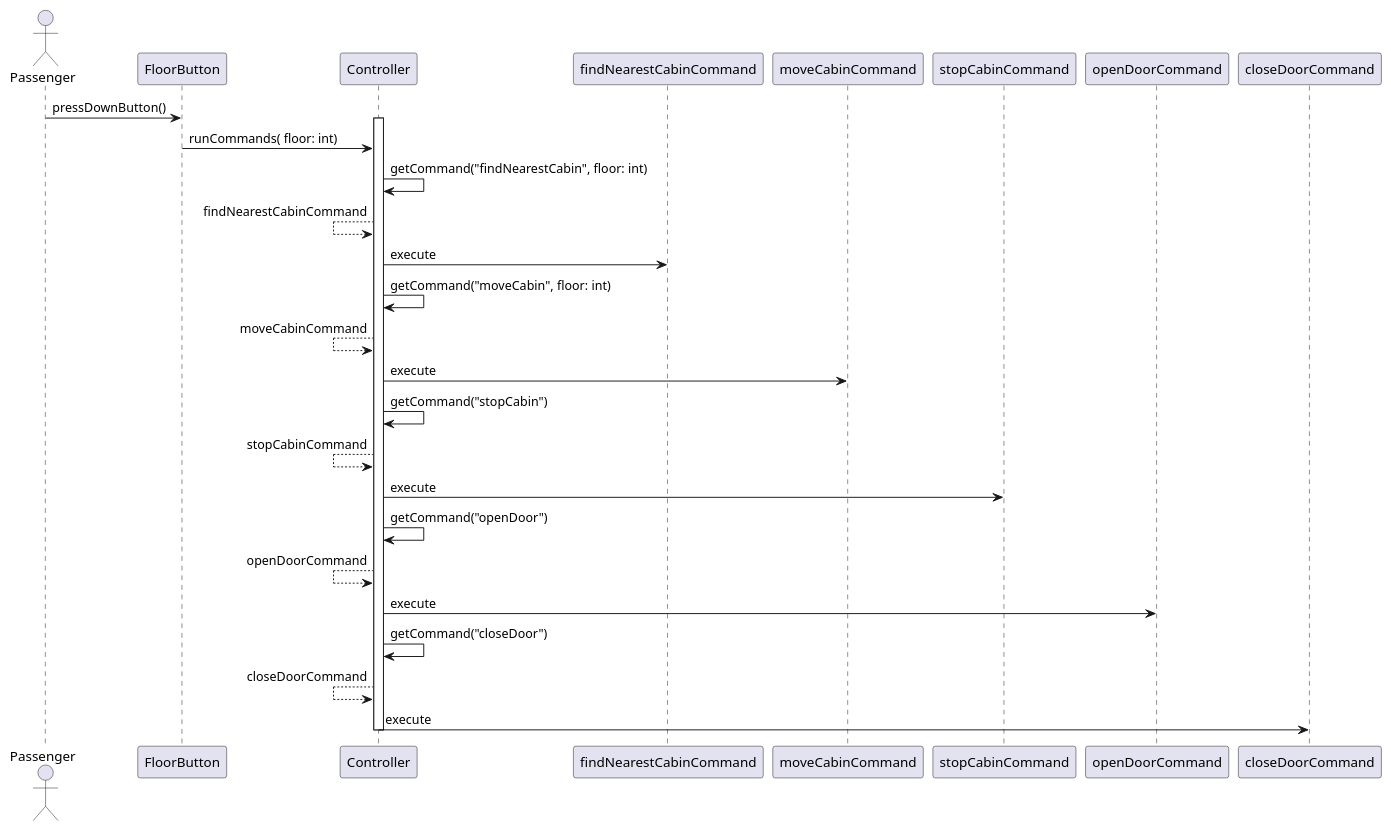
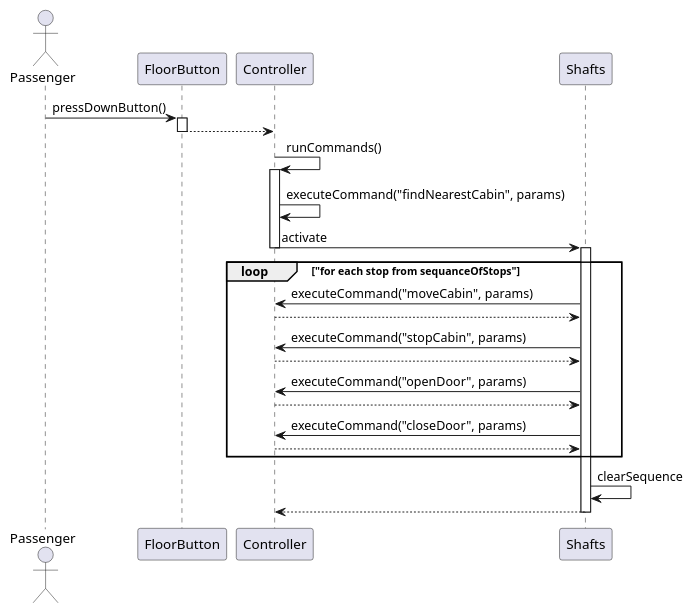
The diagram in src/documentation/cases/callCabin.puml (WhiteSnakeE/ElevatorDriver), drawn with PlantUML before and after one commit. The commit also changed 3 other files, not shown here.

Commit message:
Added executeCommand. Change sequence diagram

```diff
--- a/src/documentation/cases/callCabin.puml
+++ b/src/documentation/cases/callCabin.puml
@@ -1,31 +1,36 @@
 @startuml
 
 actor Passenger
 
 Passenger ->  FloorButton: pressDownButton()
+activate FloorButton
+FloorButton --> Controller
+deactivate FloorButton
+Controller -> Controller: runCommands()
+
 activate Controller
 
-FloorButton -> Controller: runCommands( floor: int)
+Controller -> Controller: executeCommand("findNearestCabin", params)
 
-Controller -> Controller: getCommand("findNearestCabin", floor: int)
+Controller -> Shafts: activate
+deactivate Controller
+activate Shafts
+loop "for each stop from sequanceOfStops"
+Shafts -> Controller: executeCommand("moveCabin", params)
+Shafts <-- Controller
+Shafts -> Controller: executeCommand("stopCabin", params)
+Shafts <-- Controller
 
-Controller <-- Controller: findNearestCabinCommand
-Controller -> findNearestCabinCommand: execute
+Shafts -> Controller: executeCommand("openDoor", params)
+Shafts <-- Controller
 
-Controller -> Controller: getCommand("moveCabin", floor: int)
-Controller <-- Controller: moveCabinCommand
-Controller -> moveCabinCommand: execute
+Shafts -> Controller: executeCommand("closeDoor", params)
+Shafts <-- Controller
 
-Controller -> Controller: getCommand("stopCabin")
-Controller <-- Controller: stopCabinCommand
-Controller -> stopCabinCommand: execute
+end
+Shafts -> Shafts:clearSequence
 
-Controller -> Controller: getCommand("openDoor")
-Controller <-- Controller: openDoorCommand
-Controller -> openDoorCommand: execute
+Shafts --> Controller
+deactivate Shafts
 
-Controller -> Controller: getCommand("closeDoor")
-Controller <-- Controller: closeDoorCommand
-Controller -> closeDoorCommand: execute
-deactivate Controller
 @enduml
```
